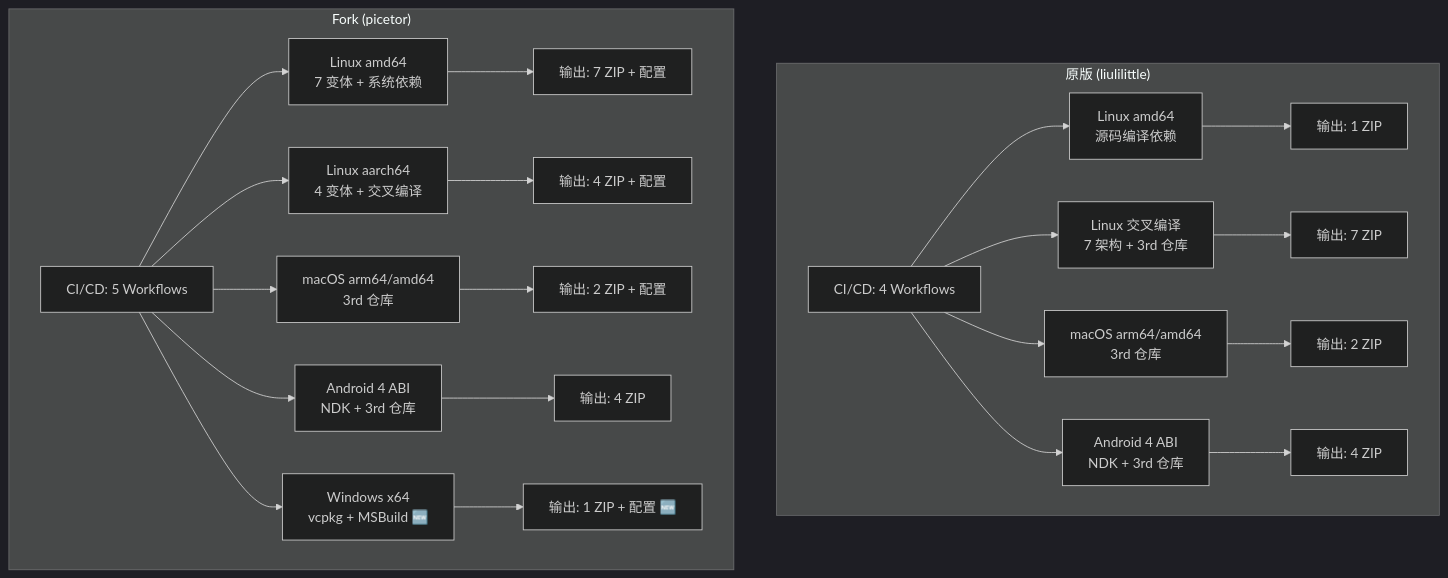
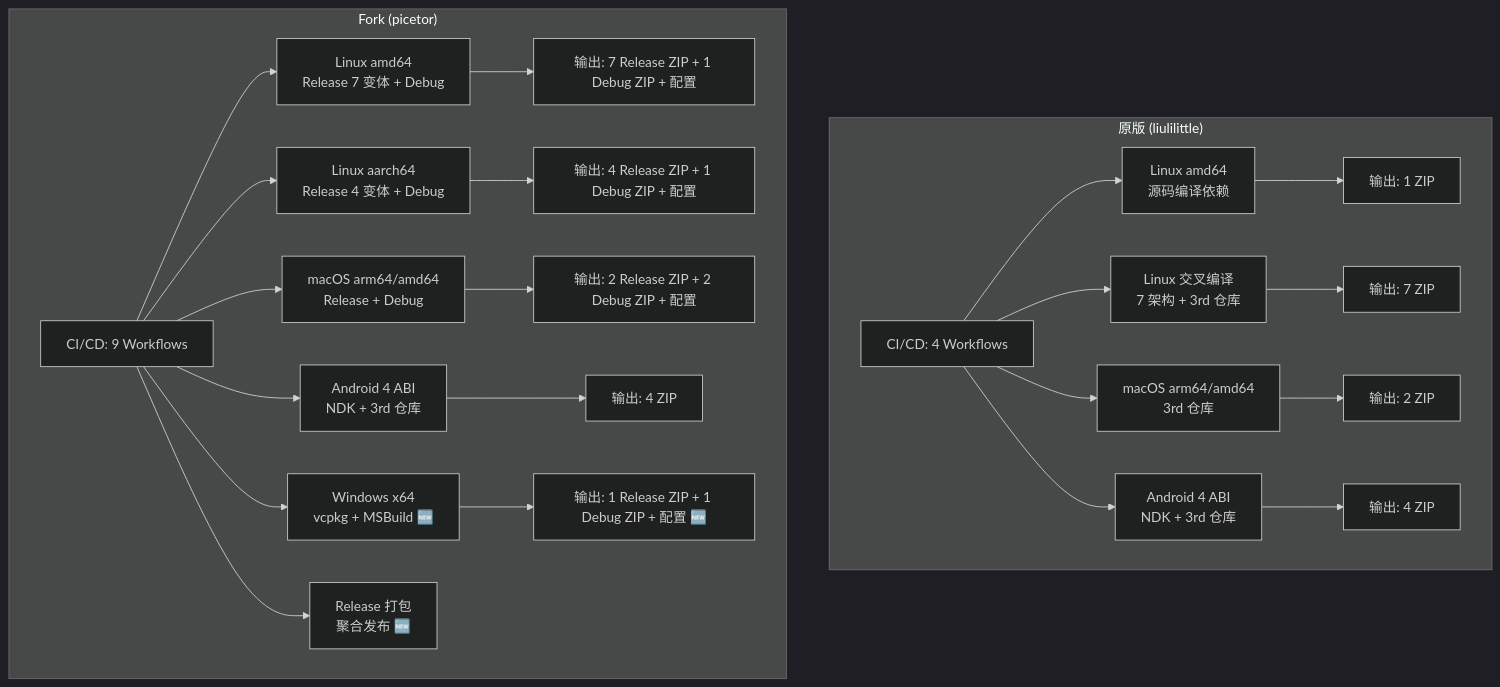
Before and after one commit to picetor/openppp2: the first of 2 diagrams in 迭代文档_原版vsFork对比.md, drawn with Mermaid (dark theme). The commit also changed other lines of this file and 2 other files, not shown here.

````diff
--- a/迭代文档_原版vsFork对比.md
+++ b/迭代文档_原版vsFork对比.md
@@ -586,26 +601,27 @@
 ```mermaid
 graph TD
     subgraph "原版 (liulilittle)"
         A1[CI/CD: 4 Workflows] --> B1[Linux amd64<br/>源码编译依赖]
         A1 --> C1[Linux 交叉编译<br/>7 架构 + 3rd 仓库]
         A1 --> D1[macOS arm64/amd64<br/>3rd 仓库]
         A1 --> E1[Android 4 ABI<br/>NDK + 3rd 仓库]
         B1 --> F1[输出: 1 ZIP]
         C1 --> G1[输出: 7 ZIP]
         D1 --> H1[输出: 2 ZIP]
         E1 --> I1[输出: 4 ZIP]
     end
 
     subgraph "Fork (picetor)"
-        A2[CI/CD: 5 Workflows] --> B2[Linux amd64<br/>7 变体 + 系统依赖]
-        A2 --> C2[Linux aarch64<br/>4 变体 + 交叉编译]
-        A2 --> D2[macOS arm64/amd64<br/>3rd 仓库]
+        A2[CI/CD: 9 Workflows] --> B2[Linux amd64<br/>Release 7 变体 + Debug]
+        A2 --> C2[Linux aarch64<br/>Release 4 变体 + Debug]
+        A2 --> D2[macOS arm64/amd64<br/>Release + Debug]
         A2 --> E2[Android 4 ABI<br/>NDK + 3rd 仓库]
         A2 --> J2[Windows x64<br/>vcpkg + MSBuild 🆕]
-        B2 --> F2[输出: 7 ZIP + 配置]
-        C2 --> G2[输出: 4 ZIP + 配置]
-        D2 --> H2[输出: 2 ZIP + 配置]
+        A2 --> L2[Release 打包<br/>聚合发布 🆕]
+        B2 --> F2[输出: 7 Release ZIP + 1 Debug ZIP + 配置]
+        C2 --> G2[输出: 4 Release ZIP + 1 Debug ZIP + 配置]
+        D2 --> H2[输出: 2 Release ZIP + 2 Debug ZIP + 配置]
         E2 --> I2[输出: 4 ZIP]
-        J2 --> K2[输出: 1 ZIP + 配置 🆕]
+        J2 --> K2[输出: 1 Release ZIP + 1 Debug ZIP + 配置 🆕]
     end
 ```
````
